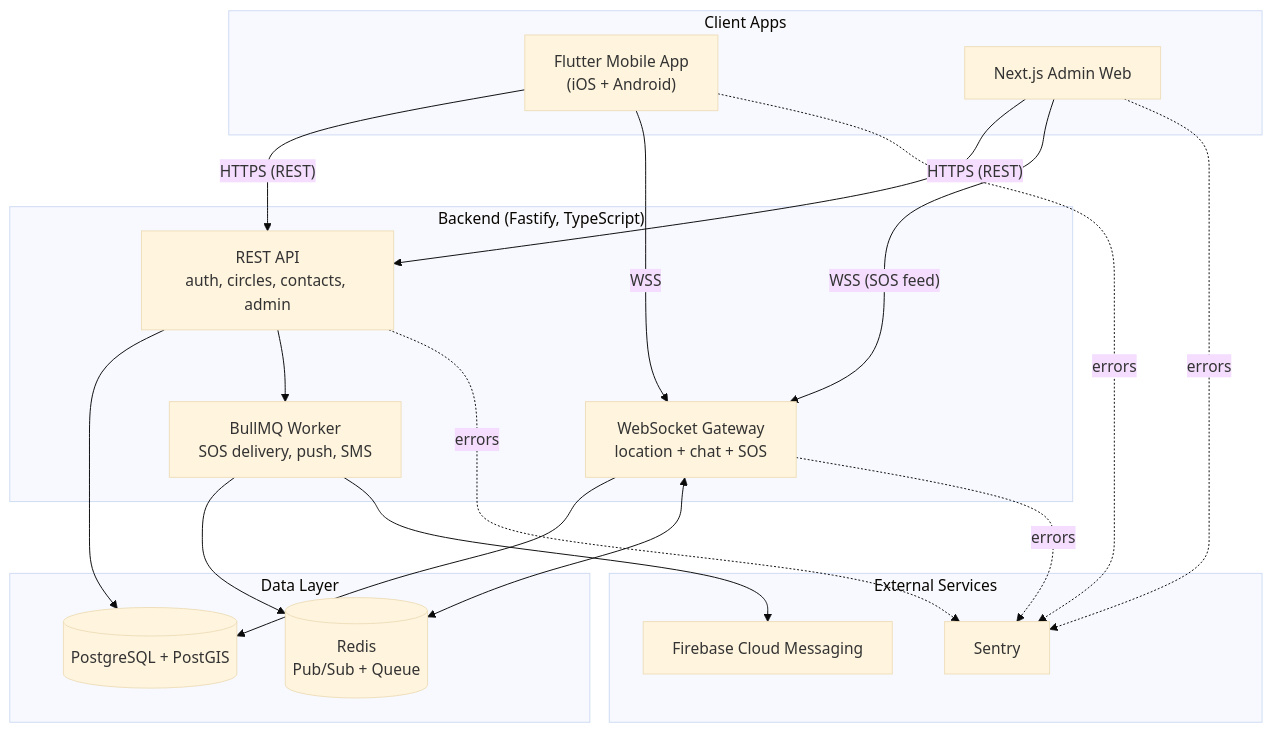
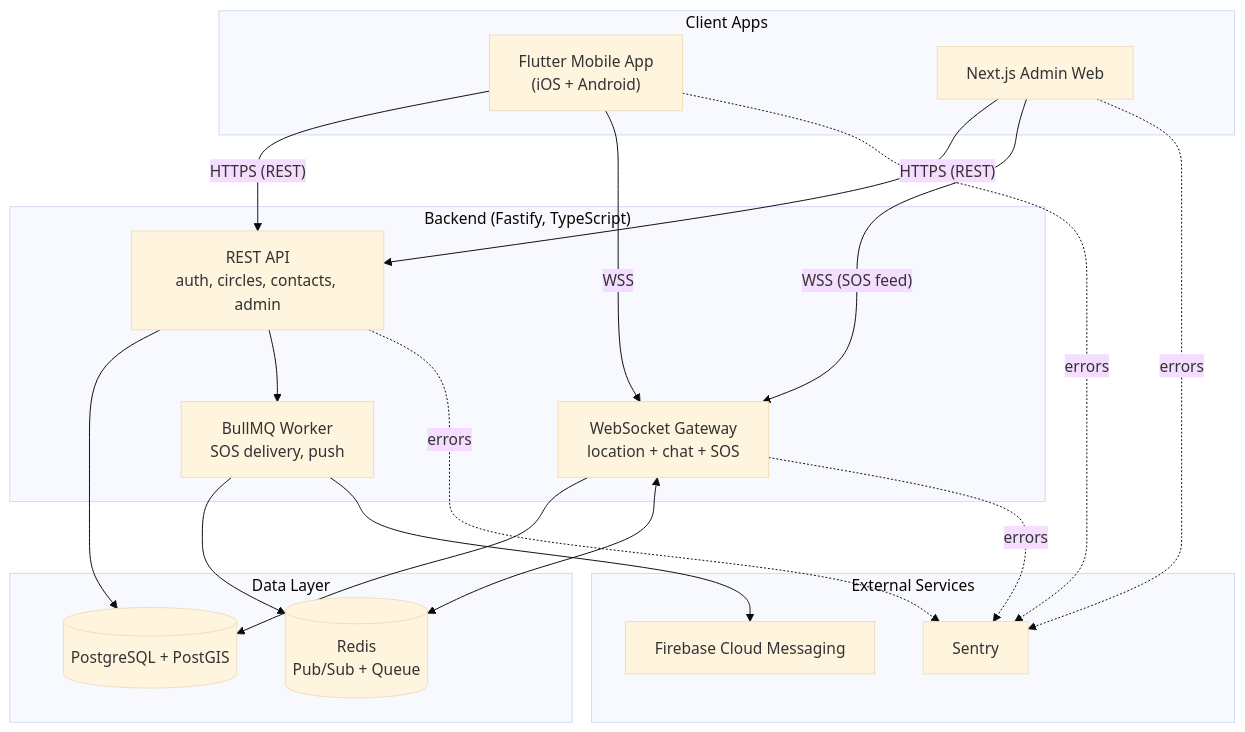
The diagram in docs/01-system-architecture.md (Methexx/FindFam), drawn with Mermaid (base theme) before and after one commit. The commit also changed other lines of this file and 12 other files, not shown here.

````diff
--- a/docs/01-system-architecture.md
+++ b/docs/01-system-architecture.md
@@ -8,40 +8,40 @@
 ```mermaid
 flowchart TB
     subgraph Client["Client Apps"]
         Mobile["Flutter Mobile App\n(iOS + Android)"]
         AdminWeb["Next.js Admin Web"]
     end
 
     subgraph Backend["Backend (Fastify, TypeScript)"]
         API["REST API\nauth, circles, contacts, admin"]
         WS["WebSocket Gateway\nlocation + chat + SOS"]
-        Queue["BullMQ Worker\nSOS delivery, push, SMS"]
+        Queue["BullMQ Worker\nSOS delivery, push"]
     end
 
     subgraph Data["Data Layer"]
         PG[("PostgreSQL + PostGIS")]
         Redis[("Redis\nPub/Sub + Queue")]
     end
 
     subgraph External["External Services"]
         FCM["Firebase Cloud Messaging"]
         Sentry["Sentry"]
     end
 
     Mobile -- "HTTPS (REST)" --> API
     Mobile -- "WSS" --> WS
     AdminWeb -- "HTTPS (REST)" --> API
     AdminWeb -- "WSS (SOS feed)" --> WS
 
     API --> PG
     WS --> PG
     WS <--> Redis
     API --> Queue
     Queue --> Redis
     Queue --> FCM
 
     API -.errors.-> Sentry
     WS -.errors.-> Sentry
     Mobile -.errors.-> Sentry
     AdminWeb -.errors.-> Sentry
 ```
````
